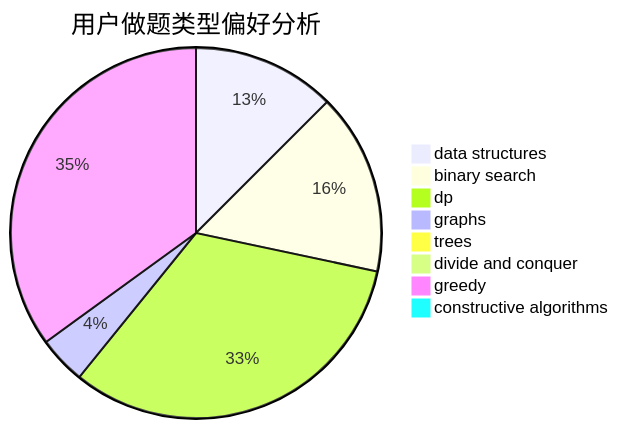
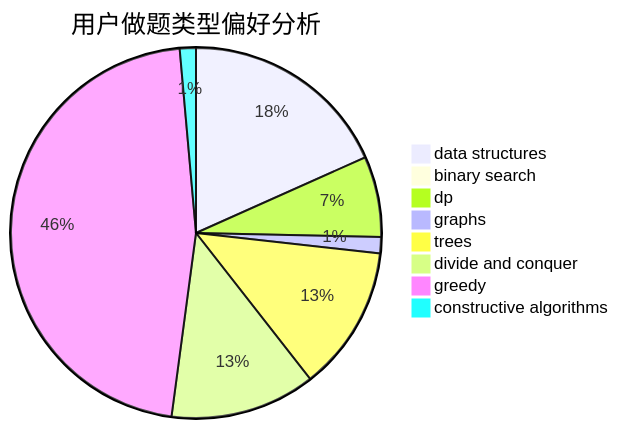
The second of 3 diagrams in docs/user/u559.md (sherpahu/cfrs.github.io), drawn with Mermaid before and after one commit. The commit also changed other lines of this file and 2770 other files, not shown here.

````diff
--- a/docs/user/u559.md
+++ b/docs/user/u559.md
@@ -23,11 +23,11 @@
 ```mermaid
 pie title 用户做题类型偏好分析
-    "data structures" :  15
-    "binary search" :  19
-    "dp" :  39
-    "graphs" :  5
-    "trees" :  0
-    "divide and conquer" :  0
-    "greedy" :  42
-    "constructive algorithms" :  0
+    "data structures" :  13
+    "binary search" :  0
+    "dp" :  5
+    "graphs" :  1
+    "trees" :  9
+    "divide and conquer" :  9
+    "greedy" :  33
+    "constructive algorithms" :  1
 ```
````
